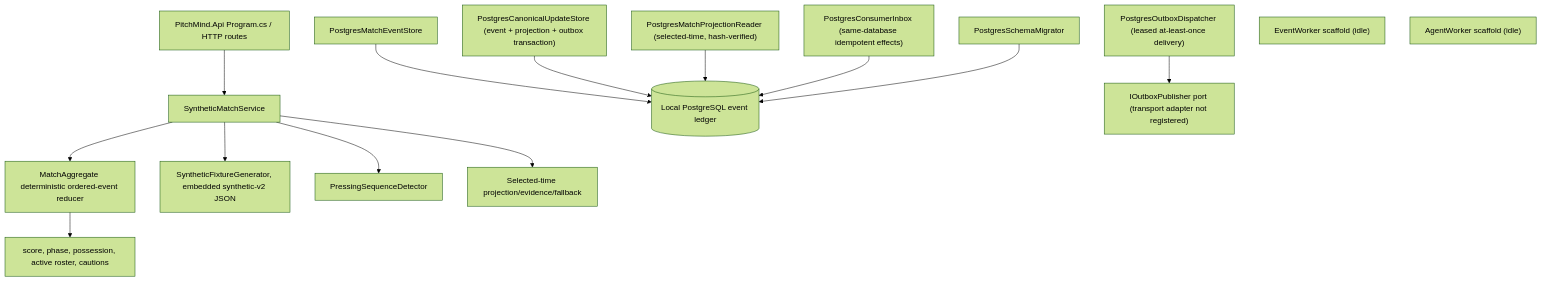
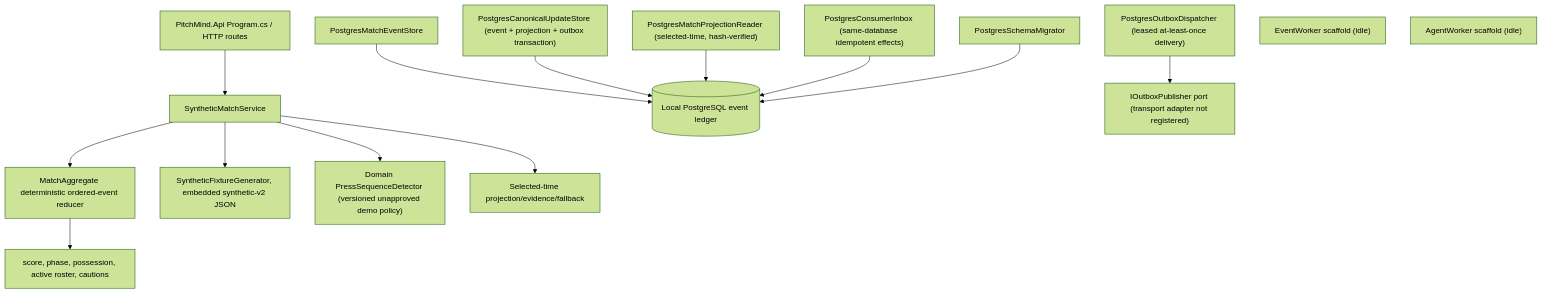
One commit to prateekgangopadhyay/PitchMind changed the first of 2 diagrams in docs/architecture/03-components.md. Above: the diagram before and after it, drawn with Mermaid (forest theme). The commit also changed other lines of this file and 12 other files, not shown here.

Commit message:
feat(EP05-S02): add deterministic pressure sequence candidate

````diff
--- a/docs/architecture/03-components.md
+++ b/docs/architecture/03-components.md
@@ -9,17 +9,17 @@
 ```mermaid
 flowchart TB
   API["PitchMind.Api Program.cs / HTTP routes"] --> Match["SyntheticMatchService"]
   Match --> Aggregate["MatchAggregate deterministic ordered-event reducer"]
   Aggregate --> State["score, phase, possession, active roster, cautions"]
   Match --> Fixture["SyntheticFixtureGenerator, embedded synthetic-v2 JSON"]
-  Match --> Press["PressingSequenceDetector"]
+  Match --> Press["Domain PressSequenceDetector (versioned unapproved demo policy)"]
   Match --> Replay["Selected-time projection/evidence/fallback"]
   Ledger["PostgresMatchEventStore"] --> DB[("Local PostgreSQL event ledger")]
   CanonicalWrite["PostgresCanonicalUpdateStore (event + projection + outbox transaction)"] --> DB
   ProjectionReader["PostgresMatchProjectionReader (selected-time, hash-verified)"] --> DB
   Dispatcher["PostgresOutboxDispatcher (leased at-least-once delivery)"] --> Publisher["IOutboxPublisher port (transport adapter not registered)"]
   Inbox["PostgresConsumerInbox (same-database idempotent effects)"] --> DB
   Migrator["PostgresSchemaMigrator"] --> DB
   EventWorker["EventWorker scaffold (idle)"]
   AgentWorker["AgentWorker scaffold (idle)"]
 ```
````
